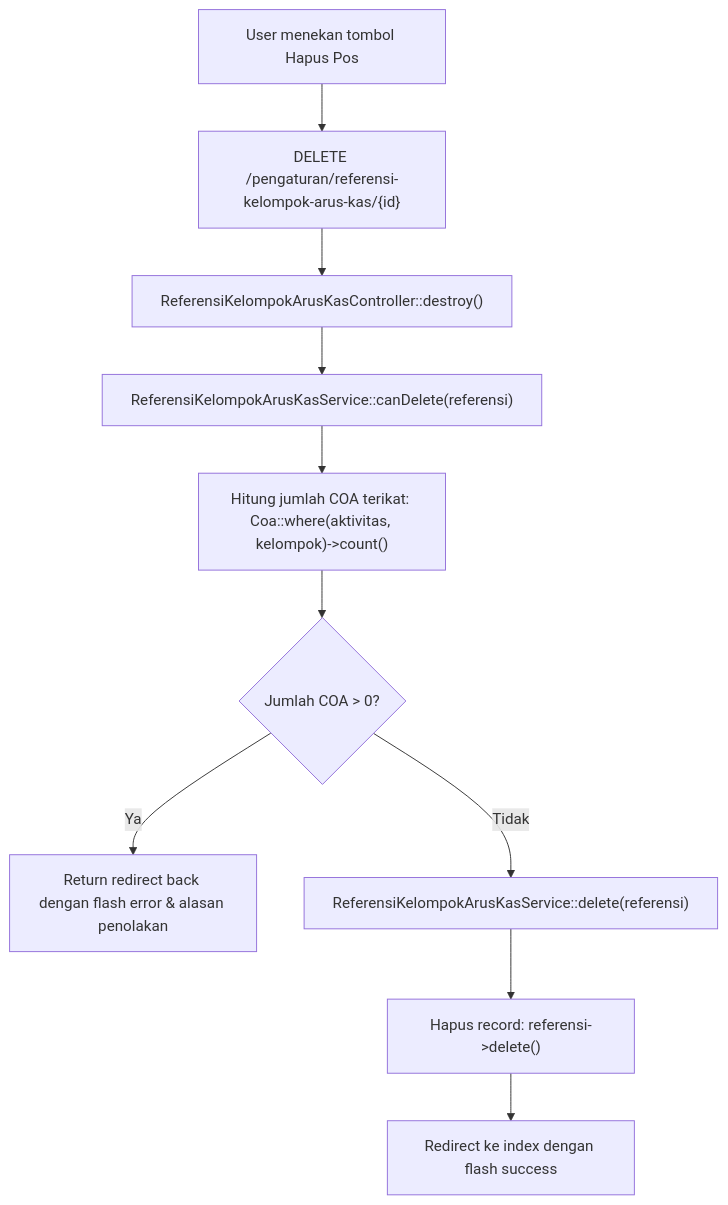
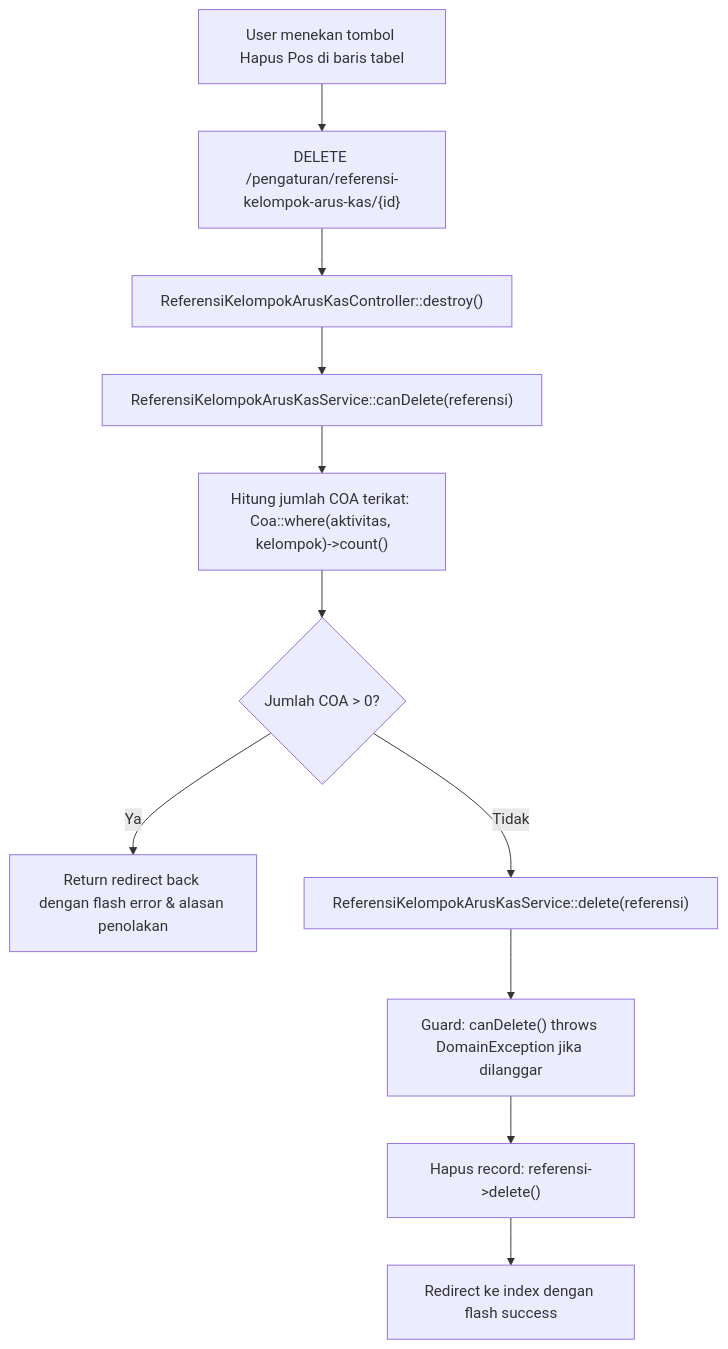
Before and after one commit to AltamaSidoarjo/laravel-siakurat-pt-smt: the fourth of 6 diagrams in dokumentasi/pengaturan-referensi-kelompok-arus-kas.md, drawn with Mermaid. The commit also changed other lines of this file and 1 other file, not shown here.

Commit message:
docs(arus-kas): update documentation for pengaturan arus kas and referensi kelompok arus kas

````diff
--- a/dokumentasi/pengaturan-referensi-kelompok-arus-kas.md
+++ b/dokumentasi/pengaturan-referensi-kelompok-arus-kas.md
@@ -190,12 +225,13 @@
 ```mermaid
 flowchart TD
-    A["User menekan tombol Hapus Pos"] --> B["DELETE /pengaturan/referensi-kelompok-arus-kas/{id}"]
+    A["User menekan tombol Hapus Pos di baris tabel"] --> B["DELETE /pengaturan/referensi-kelompok-arus-kas/{id}"]
     B --> C["ReferensiKelompokArusKasController::destroy()"]
     C --> D["ReferensiKelompokArusKasService::canDelete(referensi)"]
     D --> E["Hitung jumlah COA terikat: Coa::where(aktivitas, kelompok)->count()"]
     E --> F{"Jumlah COA > 0?"}
     F -- Ya --> G["Return redirect back dengan flash error & alasan penolakan"]
     F -- Tidak --> H["ReferensiKelompokArusKasService::delete(referensi)"]
-    H --> I["Hapus record: referensi->delete()"]
-    I --> J["Redirect ke index dengan flash success"]
+    H --> I["Guard: canDelete() throws DomainException jika dilanggar"]
+    I --> J["Hapus record: referensi->delete()"]
+    J --> K["Redirect ke index dengan flash success"]
 ```
````
